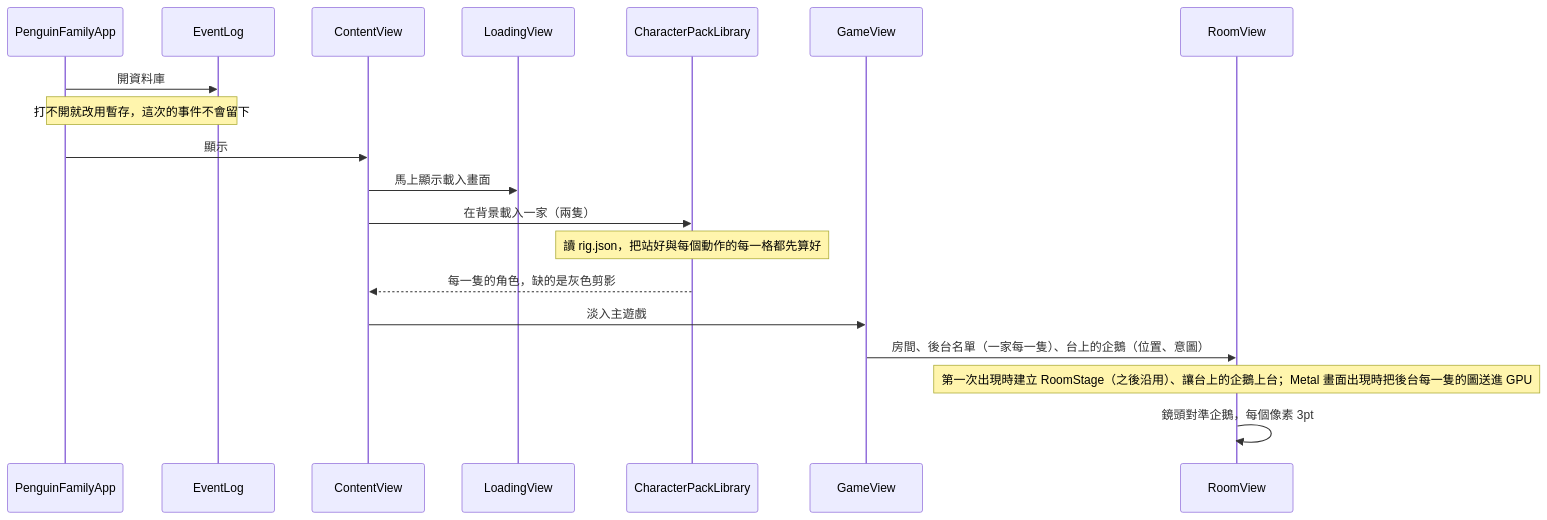
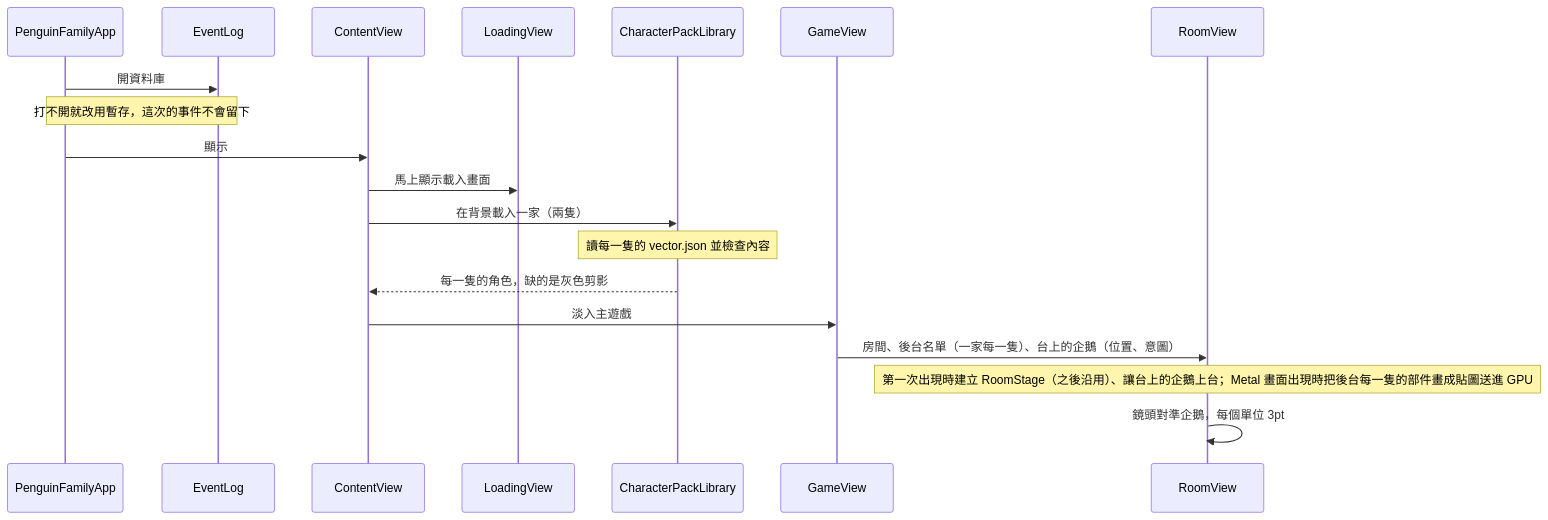
The second of 4 diagrams in docs/code-map.md (CBHeng/penguin-family), drawn with Mermaid before and after one commit. The commit also changed other lines of this file and 54 other files, not shown here.

````diff
--- a/docs/code-map.md
+++ b/docs/code-map.md
@@ -174,22 +170,22 @@
 ```mermaid
 sequenceDiagram
     participant App as PenguinFamilyApp
     participant Log as EventLog
     participant CV as ContentView
     participant LV as LoadingView
     participant Lib as CharacterPackLibrary
     participant GV as GameView
     participant RV as RoomView
 
     App->>Log: 開資料庫
     Note over App,Log: 打不開就改用暫存，這次的事件不會留下
     App->>CV: 顯示
     CV->>LV: 馬上顯示載入畫面
     CV->>Lib: 在背景載入一家（兩隻）
-    Note over Lib: 讀 rig.json，把站好與每個動作的每一格都先算好
+    Note over Lib: 讀每一隻的 vector.json 並檢查內容
     Lib-->>CV: 每一隻的角色，缺的是灰色剪影
     CV->>GV: 淡入主遊戲
     GV->>RV: 房間、後台名單（一家每一隻）、台上的企鵝（位置、意圖）
-    Note over RV: 第一次出現時建立 RoomStage（之後沿用）、讓台上的企鵝上台；Metal 畫面出現時把後台每一隻的圖送進 GPU
-    RV->>RV: 鏡頭對準企鵝，每個像素 3pt
+    Note over RV: 第一次出現時建立 RoomStage（之後沿用）、讓台上的企鵝上台；Metal 畫面出現時把後台每一隻的部件畫成貼圖送進 GPU
+    RV->>RV: 鏡頭對準企鵝，每個單位 3pt
 ```
````
